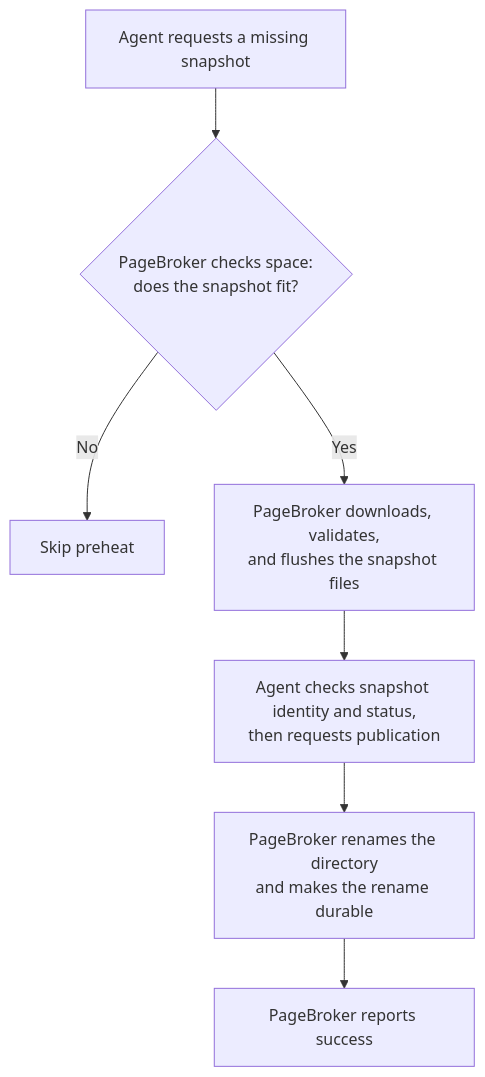
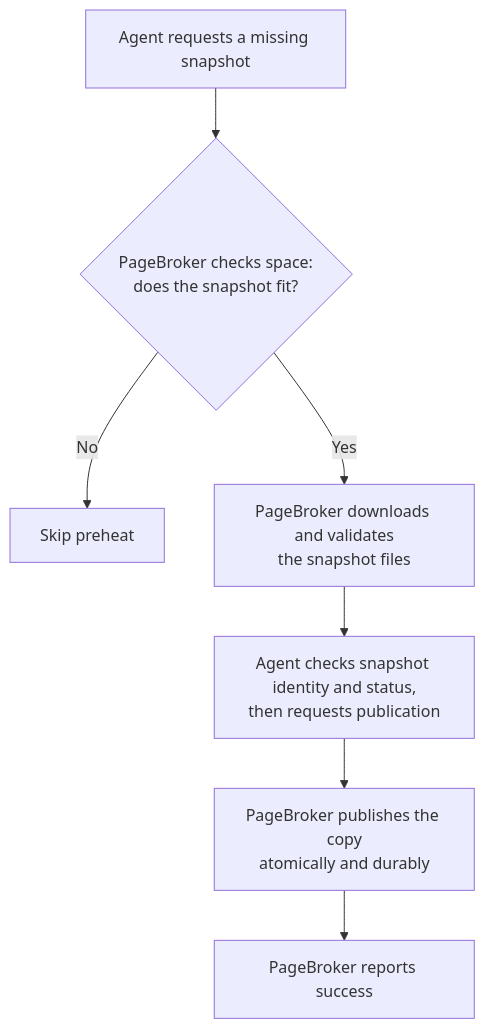
Before and after one commit to ai-dynamo/snapshot: the second of 3 diagrams in docs/design/644-node-cache/README.md, drawn with Mermaid. The commit also changed other lines of this file, not shown here.

````diff
--- a/docs/design/644-node-cache/README.md
+++ b/docs/design/644-node-cache/README.md
@@ -273,9 +273,9 @@
 ```mermaid
 flowchart TD
     A["Agent requests a missing snapshot"] --> B{"PageBroker checks space:<br/>does the snapshot fit?"}
     B -->|No| C["Skip preheat"]
-    B -->|Yes| D["PageBroker downloads, validates,<br/>and flushes the snapshot files"]
+    B -->|Yes| D["PageBroker downloads and validates<br/>the snapshot files"]
     D --> E["Agent checks snapshot identity and status,<br/>then requests publication"]
-    E --> F["PageBroker renames the directory<br/>and makes the rename durable"]
+    E --> F["PageBroker publishes the copy<br/>atomically and durably"]
     F --> G["PageBroker reports success"]
 ```
````
